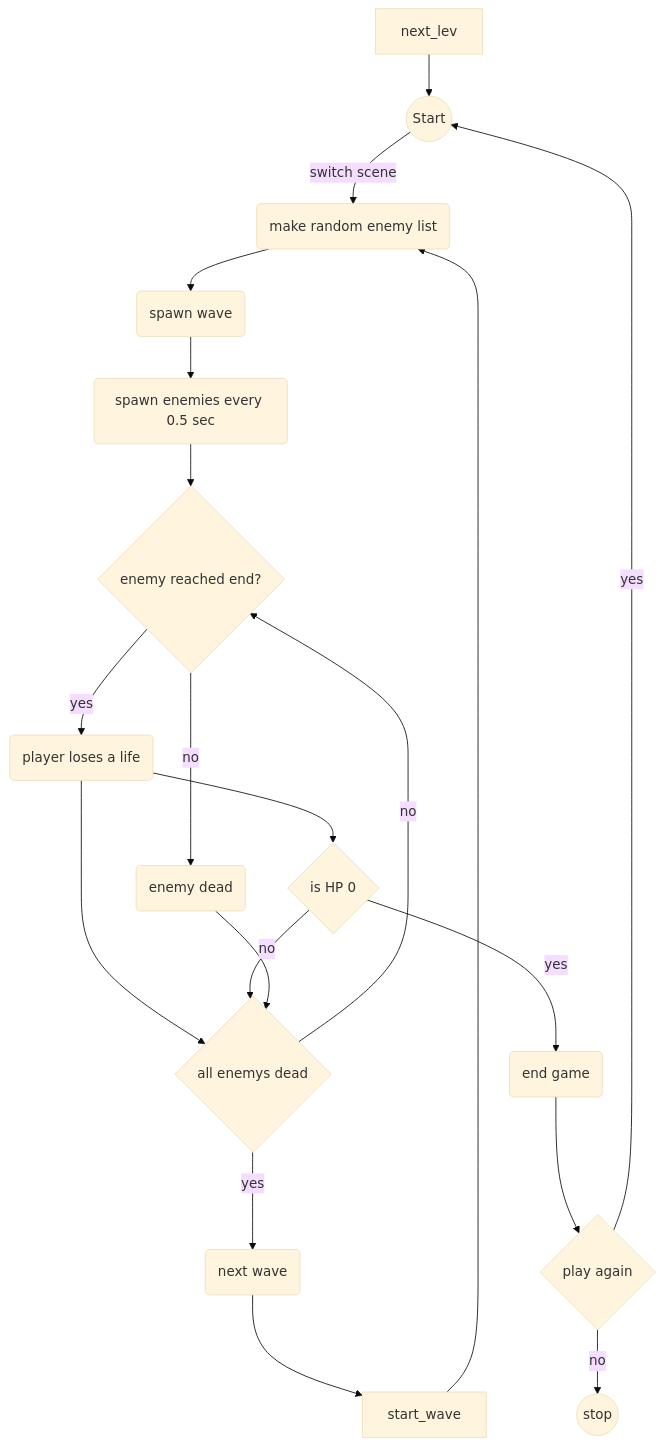
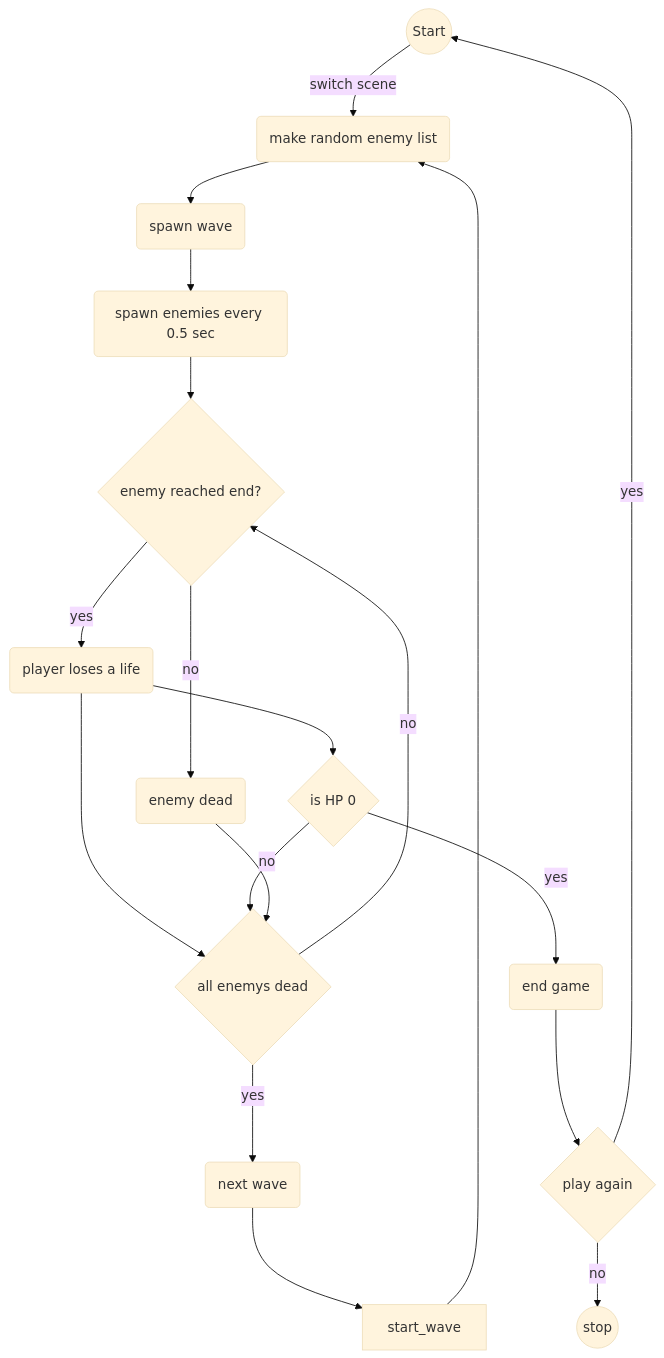
One commit to Mauro-Hendriks/BO changed the diagram in README.md. Above: the diagram before and after it, drawn with Mermaid (base theme).

Commit message:
changed a mistake

`````diff
--- a/README.md
+++ b/README.md
@@ -5,22 +5,21 @@
 ````mermaid
 flowchart TD
     start((Start)) -->|switch scene| spawn_w(make random enemy list)
     spawn_w --> checken(spawn wave)
     checken --> spawn_e(spawn enemies every 0.5 sec)
     spawn_e --> reached_base{enemy reached end?}
     reached_base -->|yes| lose_life(player loses a life)
     reached_base -->|no| money(enemy dead)
     lose_life --> wave_done{all enemys dead}
     lose_life --> dead{is HP 0}
     dead -->|yes| end_game(end game)
     end_game --> again{play again}
     again -->|yes| start
     again -->|no| quit((stop))
     dead -->|no| wave_done
     money --> wave_done
     wave_done -->|no| reached_base
     wave_done -->|yes| no_more_waves(next wave)
     no_more_waves --> start_wave
     start_wave --> spawn_w
-    next_lev --> start
 ````
`````
